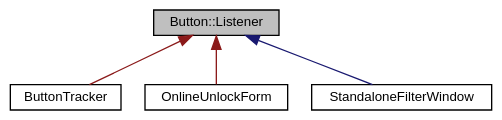
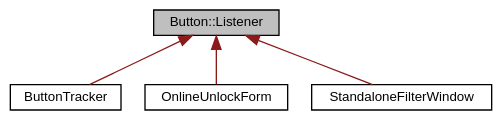
One commit to klangfreund/jucedoc changed the diagram in doc/classButton_1_1Listener__inherit__graph.dot. Above: the diagram before and after it, drawn with Graphviz. The commit also changed 2743 other files, not shown here.

```diff
--- a/doc/classButton_1_1Listener__inherit__graph.dot
+++ b/doc/classButton_1_1Listener__inherit__graph.dot
@@ -1,13 +1,13 @@
 digraph "Button::Listener"
 {
   bgcolor="transparent";
   edge [fontname="Helvetica",fontsize="10",labelfontname="Helvetica",labelfontsize="10"];
   node [fontname="Helvetica",fontsize="10",shape=record];
   Node0 [label="Button::Listener",height=0.2,width=0.4,color="black", fillcolor="grey75", style="filled", fontcolor="black"];
   Node0 -> Node1 [dir="back",color="firebrick4",fontsize="10",style="solid",fontname="Helvetica"];
   Node1 [label="ButtonTracker",height=0.2,width=0.4,color="black",URL="$classButtonTracker.html",tooltip="A class that automatically sends analytics events to the Analytics singleton when a button is clicked..."];
   Node0 -> Node2 [dir="back",color="firebrick4",fontsize="10",style="solid",fontname="Helvetica"];
   Node2 [label="OnlineUnlockForm",height=0.2,width=0.4,color="black",URL="$classOnlineUnlockForm.html",tooltip="Acts as a GUI which asks the user for their details, and calls the appropriate methods on your Online..."];
-  Node0 -> Node3 [dir="back",color="midnightblue",fontsize="10",style="solid",fontname="Helvetica"];
+  Node0 -> Node3 [dir="back",color="firebrick4",fontsize="10",style="solid",fontname="Helvetica"];
   Node3 [label="StandaloneFilterWindow",height=0.2,width=0.4,color="black",URL="$classStandaloneFilterWindow.html",tooltip="A class that can be used to run a simple standalone application containing your filter. "];
 }
```
